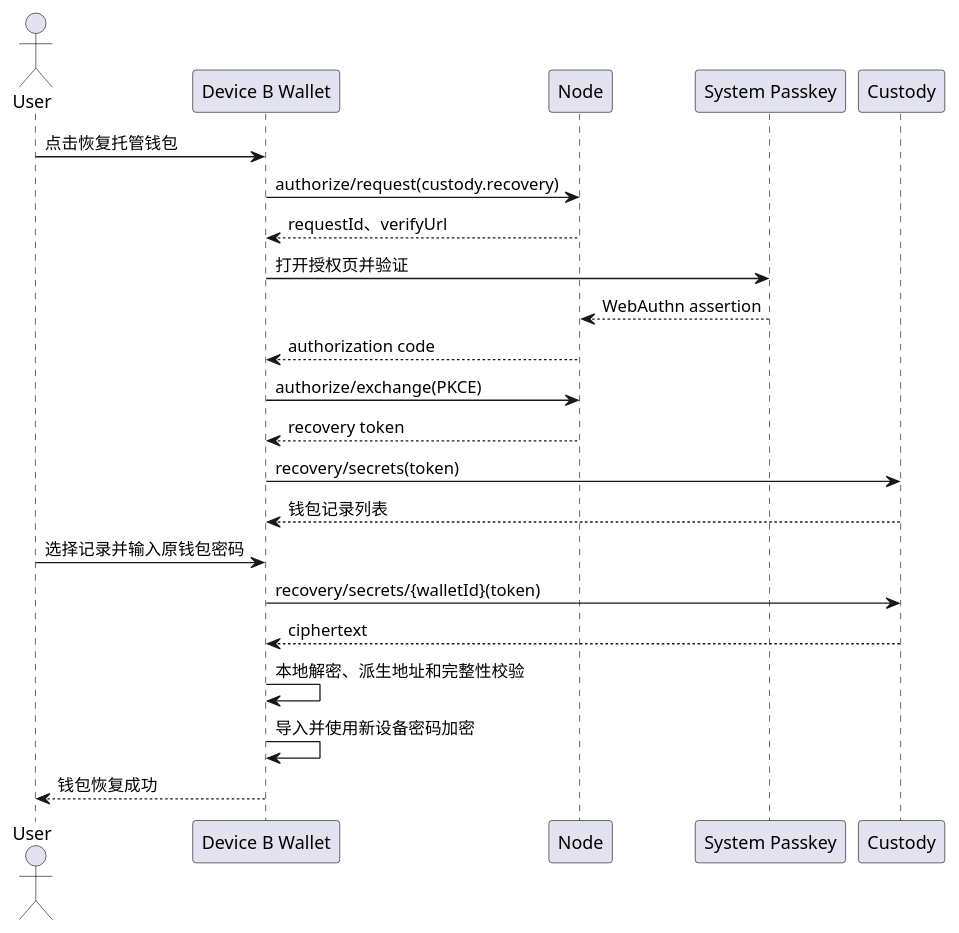
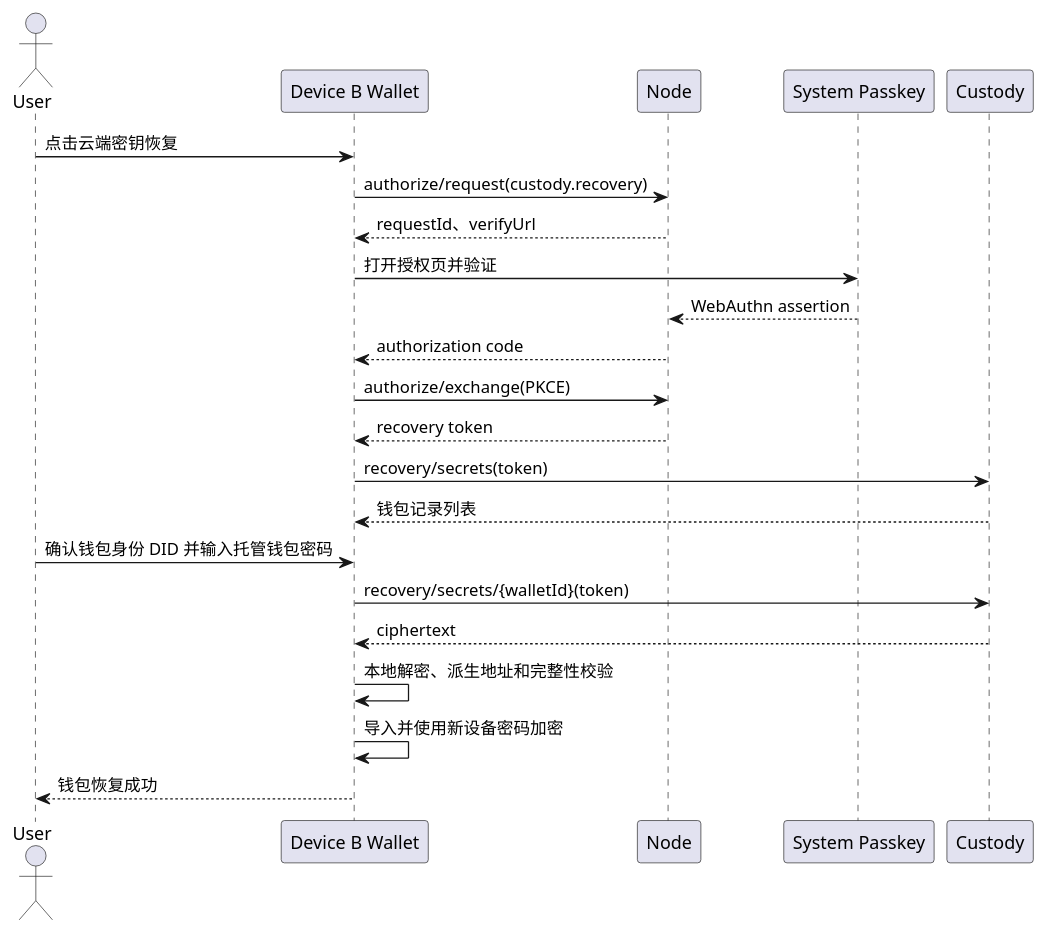
The second of 2 diagrams in docs/钱包测试/密钥托管验收标准.md (yeying-community/wallet), drawn with PlantUML before and after one commit. The commit also changed other lines of this file and 12 other files, not shown here.

````diff
--- a/docs/钱包测试/密钥托管验收标准.md
+++ b/docs/钱包测试/密钥托管验收标准.md
@@ -456,26 +464,26 @@
 ```plantuml
 @startuml custody-recovery
 actor User
 participant "Device B Wallet" as Wallet
 participant Node
 participant "System Passkey" as Passkey
 participant Custody
 
-User -> Wallet : 点击恢复托管钱包
+User -> Wallet : 点击云端密钥恢复
 Wallet -> Node : authorize/request(custody.recovery)
 Node --> Wallet : requestId、verifyUrl
 Wallet -> Passkey : 打开授权页并验证
 Passkey --> Node : WebAuthn assertion
 Node --> Wallet : authorization code
 Wallet -> Node : authorize/exchange(PKCE)
 Node --> Wallet : recovery token
 Wallet -> Custody : recovery/secrets(token)
 Custody --> Wallet : 钱包记录列表
-User -> Wallet : 选择记录并输入原钱包密码
+User -> Wallet : 确认钱包身份 DID 并输入托管钱包密码
 Wallet -> Custody : recovery/secrets/{walletId}(token)
 Custody --> Wallet : ciphertext
 Wallet -> Wallet : 本地解密、派生地址和完整性校验
 Wallet -> Wallet : 导入并使用新设备密码加密
 Wallet --> User : 钱包恢复成功
 @enduml
 ```
````
